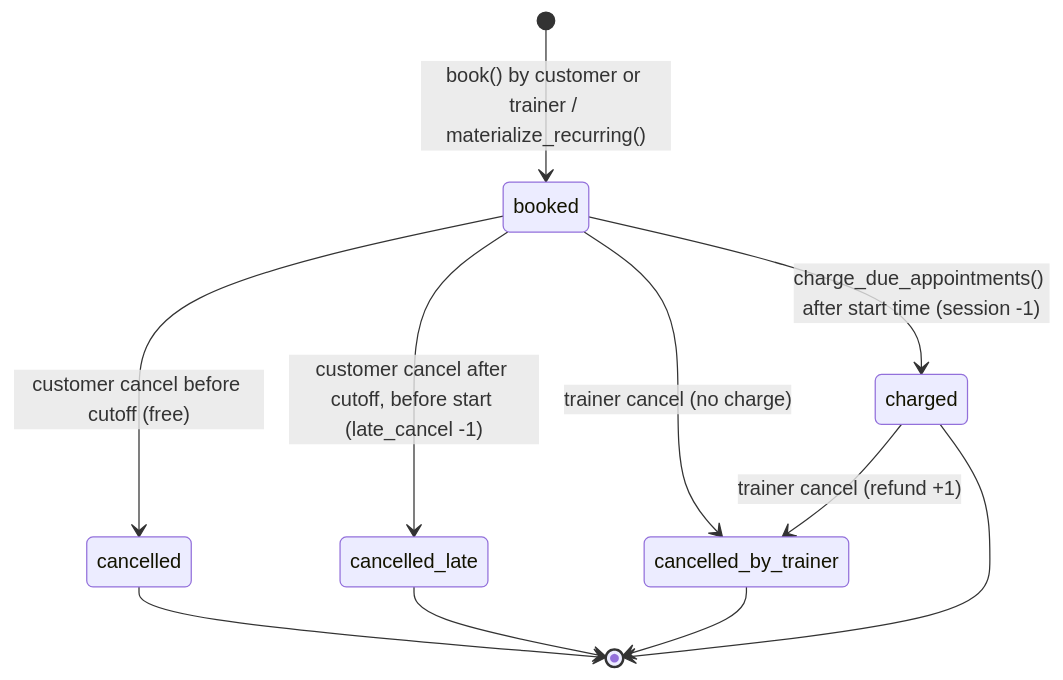
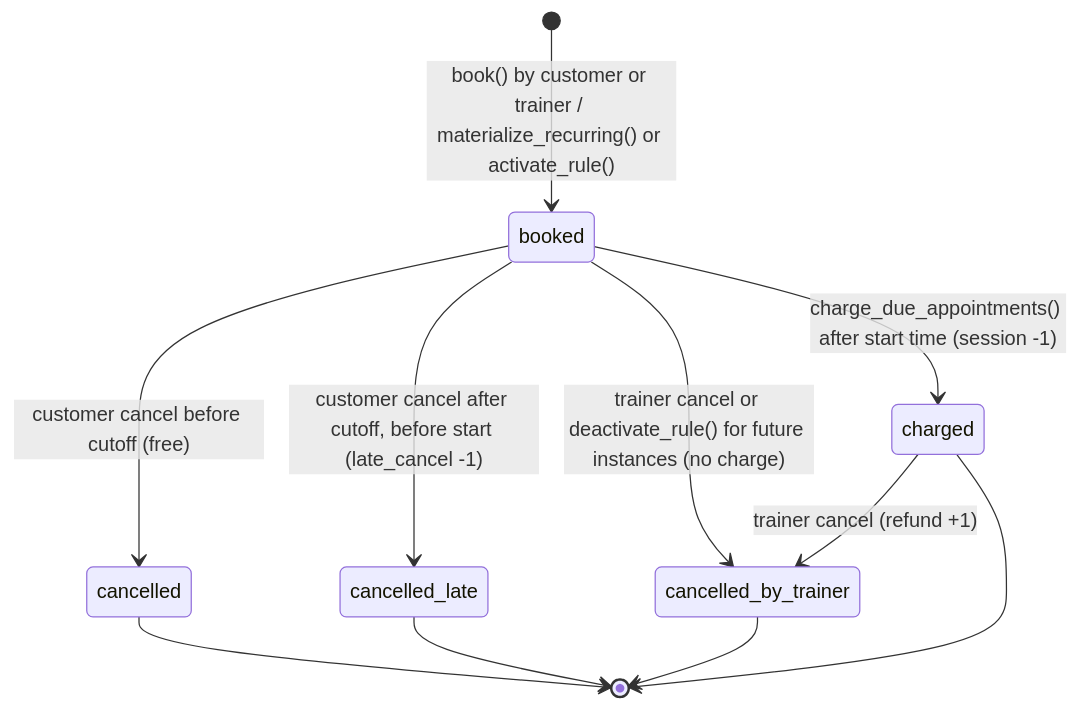
The diagram in docs/architecture/appointment-states.md (JasaGlazar/amrap), drawn with Mermaid before and after one commit. The commit also changed other lines of this file and 8 other files, not shown here.

````diff
--- a/docs/architecture/appointment-states.md
+++ b/docs/architecture/appointment-states.md
@@ -13,13 +16,13 @@
 ```mermaid
 stateDiagram-v2
-    [*] --> booked : book() by customer or trainer / materialize_recurring()
+    [*] --> booked : book() by customer or trainer / materialize_recurring() or activate_rule()
     booked --> charged : charge_due_appointments() after start time (session -1)
     booked --> cancelled : customer cancel before cutoff (free)
     booked --> cancelled_late : customer cancel after cutoff, before start (late_cancel -1)
-    booked --> cancelled_by_trainer : trainer cancel (no charge)
+    booked --> cancelled_by_trainer : trainer cancel or deactivate_rule() for future instances (no charge)
     charged --> cancelled_by_trainer : trainer cancel (refund +1)
     cancelled --> [*]
     cancelled_late --> [*]
     cancelled_by_trainer --> [*]
     charged --> [*]
 ```
````
